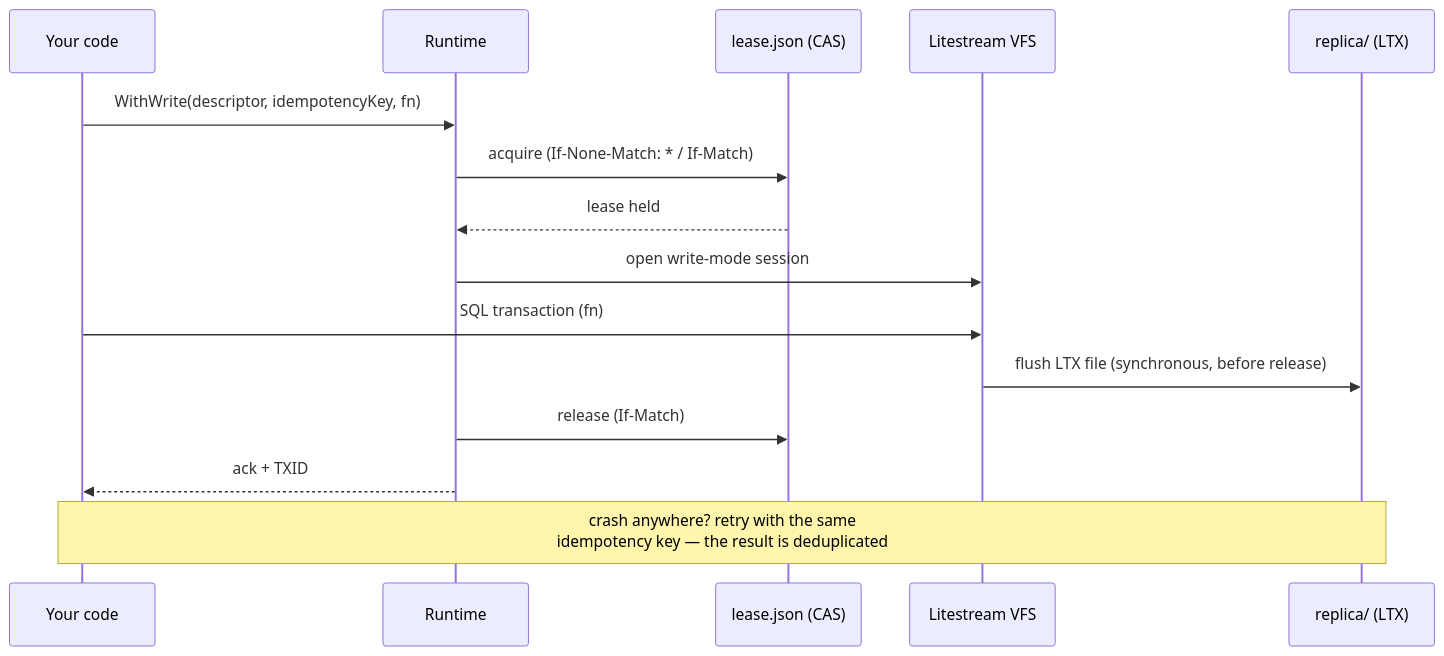
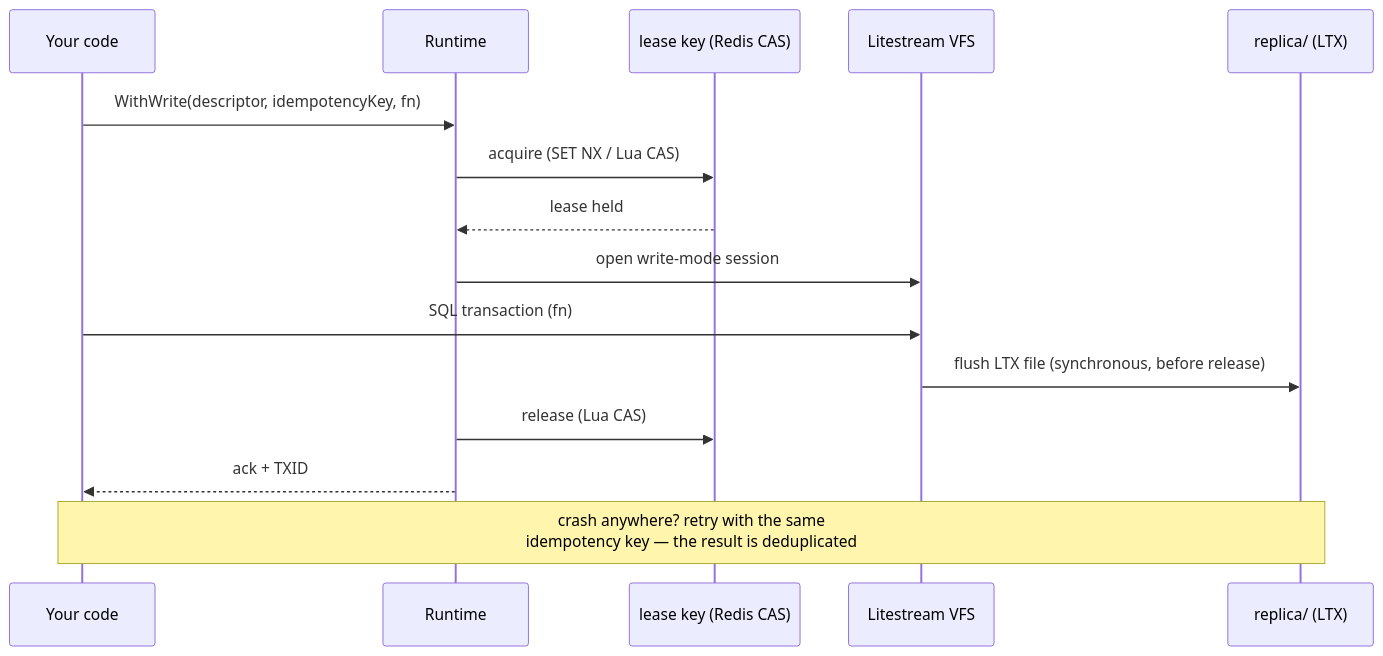
The second of 2 diagrams in README.md (kush-js/walrusd), drawn with Mermaid before and after one commit. The commit also changed other lines of this file and 25 other files, not shown here.

Commit message:
refactor: move lease storage from object storage to Redis or Valkey

````diff
--- a/README.md
+++ b/README.md
@@ -54,18 +59,18 @@
 ```mermaid
 sequenceDiagram
     participant C as Your code
     participant R as Runtime
-    participant L as lease.json (CAS)
+    participant L as lease key (Redis CAS)
     participant V as Litestream VFS
     participant O as replica/ (LTX)
 
     C->>R: WithWrite(descriptor, idempotencyKey, fn)
-    R->>L: acquire (If-None-Match: * / If-Match)
+    R->>L: acquire (SET NX / Lua CAS)
     L-->>R: lease held
     R->>V: open write-mode session
     C->>V: SQL transaction (fn)
     V->>O: flush LTX file (synchronous, before release)
-    R->>L: release (If-Match)
+    R->>L: release (Lua CAS)
     R-->>C: ack + TXID
     Note over C,O: crash anywhere? retry with the same<br/>idempotency key — the result is deduplicated
 ```
````
